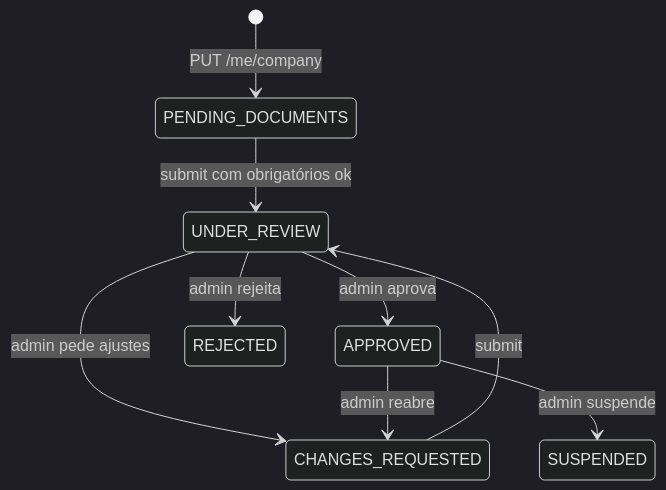
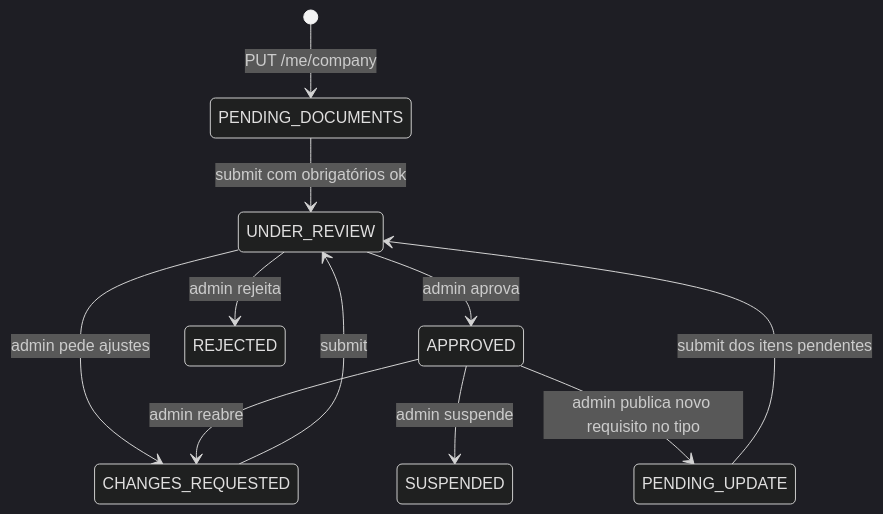
One commit to ECOLchain/ecolchain-management-api changed the seventh of 8 diagrams in docs/proposta-auth-onboarding.md. Above: the diagram before and after it, drawn with Mermaid (dark theme). The commit also changed other lines of this file and 5 other files, not shown here.

````diff
--- a/docs/proposta-auth-onboarding.md
+++ b/docs/proposta-auth-onboarding.md
@@ -286,11 +319,13 @@
 ```mermaid
 stateDiagram-v2
     [*] --> PENDING_DOCUMENTS: PUT /me/company
     PENDING_DOCUMENTS --> UNDER_REVIEW: submit com obrigatórios ok
     UNDER_REVIEW --> CHANGES_REQUESTED: admin pede ajustes
     CHANGES_REQUESTED --> UNDER_REVIEW: submit
     UNDER_REVIEW --> APPROVED: admin aprova
     UNDER_REVIEW --> REJECTED: admin rejeita
     APPROVED --> CHANGES_REQUESTED: admin reabre
     APPROVED --> SUSPENDED: admin suspende
+    APPROVED --> PENDING_UPDATE: admin publica novo requisito no tipo
+    PENDING_UPDATE --> UNDER_REVIEW: submit dos itens pendentes
 ```
````
